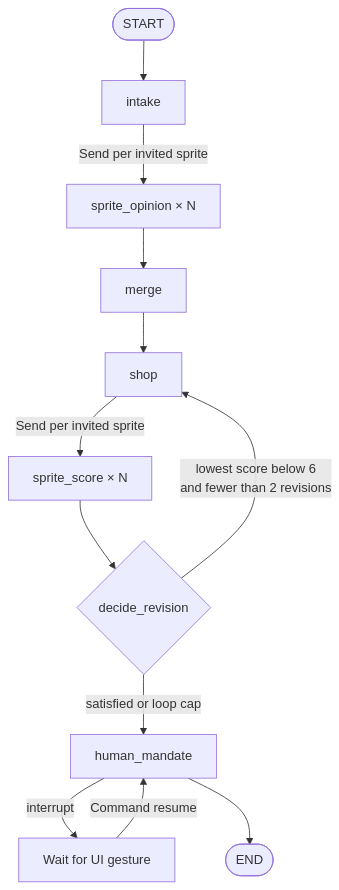
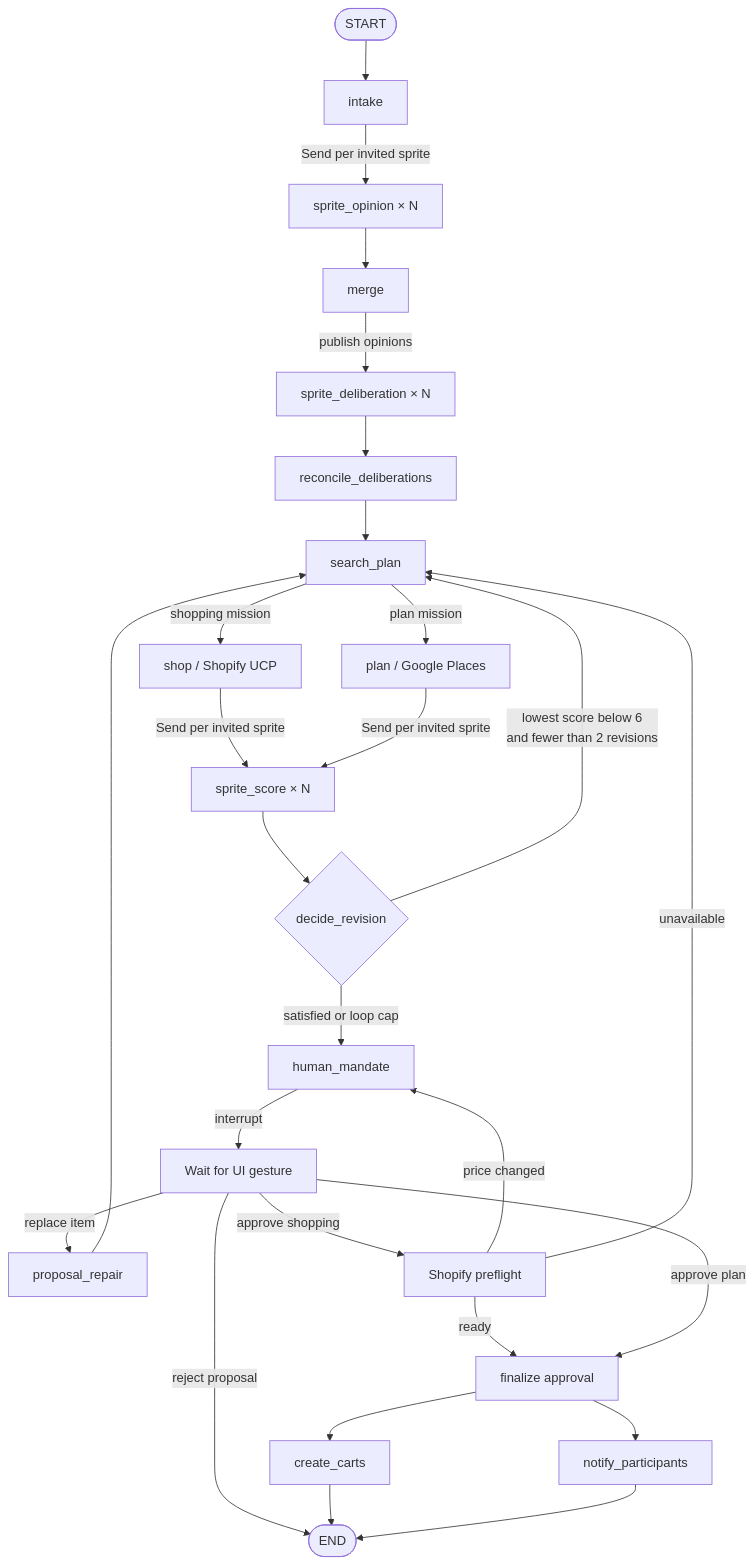
One commit to Nmouss/Affinity changed the diagram in backend/README.md. Above: the diagram before and after it, drawn with Mermaid. The commit also changed other lines of this file and 23 other files, not shown here.

````diff
--- a/backend/README.md
+++ b/backend/README.md
@@ -7,14 +7,29 @@
 ```mermaid
 flowchart TD
     Start([START]) --> Intake[intake]
     Intake -->|Send per invited sprite| Opinion[sprite_opinion × N]
     Opinion --> Merge[merge]
-    Merge --> Shop[shop]
+    Merge -->|publish opinions| Talk[sprite_deliberation × N]
+    Talk --> Reconcile[reconcile_deliberations]
+    Reconcile --> SearchPlan[search_plan]
+    SearchPlan -->|shopping mission| Shop[shop / Shopify UCP]
+    SearchPlan -->|plan mission| Plan[plan / Google Places]
     Shop -->|Send per invited sprite| Score[sprite_score × N]
+    Plan -->|Send per invited sprite| Score
     Score --> Decision{decide_revision}
-    Decision -->|lowest score below 6<br/>and fewer than 2 revisions| Shop
+    Decision -->|lowest score below 6<br/>and fewer than 2 revisions| SearchPlan
     Decision -->|satisfied or loop cap| Mandate[human_mandate]
     Mandate -->|interrupt| UI[Wait for UI gesture]
-    UI -->|Command resume| Mandate
-    Mandate --> End([END])
+    UI -->|replace item| Repair[proposal_repair]
+    Repair --> SearchPlan
+    UI -->|approve shopping| Preflight[Shopify preflight]
+    Preflight -->|price changed| Mandate
+    Preflight -->|unavailable| SearchPlan
+    Preflight -->|ready| Finalize[finalize approval]
+    UI -->|approve plan| Finalize
+    Finalize --> Carts[create_carts]
+    Finalize --> Notify[notify_participants]
+    UI -->|reject proposal| End([END])
+    Carts --> End
+    Notify --> End
 ```
````
